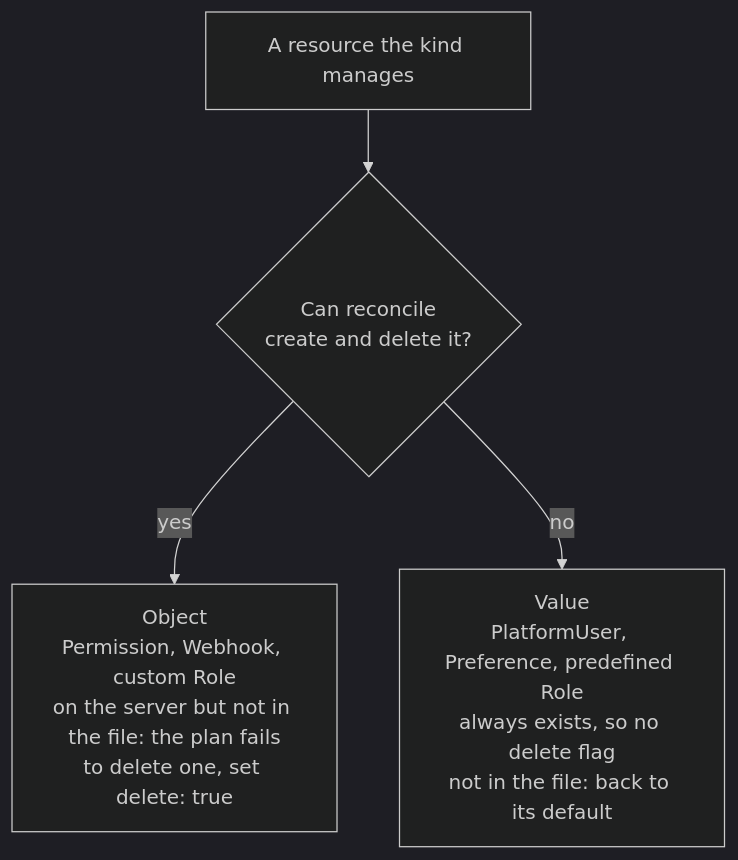
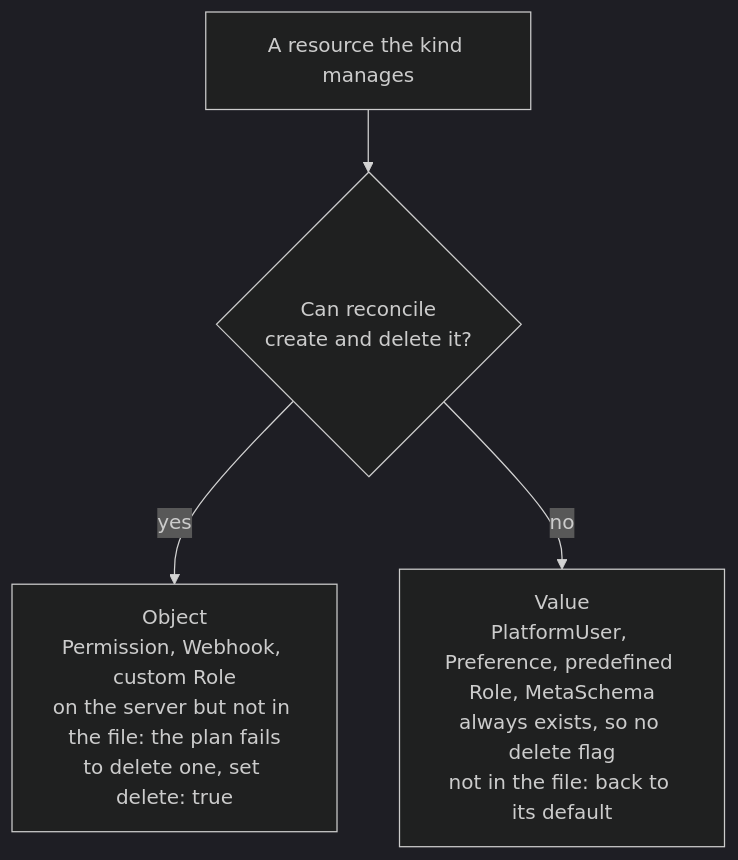
The second of 3 diagrams in docs/rfcs/0001-declarative-reconcile.md (raystack/frontier), drawn with Mermaid (dark theme) before and after one commit. The commit also changed other lines of this file and 3 other files, not shown here.

````diff
--- a/docs/rfcs/0001-declarative-reconcile.md
+++ b/docs/rfcs/0001-declarative-reconcile.md
@@ -41,6 +41,6 @@
 ```mermaid
 flowchart TD
     r["A resource the kind manages"] --> q{"Can reconcile<br/>create and delete it?"}
     q -->|"yes"| o["Object<br/>Permission, Webhook, custom Role<br/>on the server but not in the file: the plan fails<br/>to delete one, set delete: true"]
-    q -->|"no"| v["Value<br/>PlatformUser, Preference, predefined Role<br/>always exists, so no delete flag<br/>not in the file: back to its default"]
+    q -->|"no"| v["Value<br/>PlatformUser, Preference, predefined Role, MetaSchema<br/>always exists, so no delete flag<br/>not in the file: back to its default"]
 ```
````
